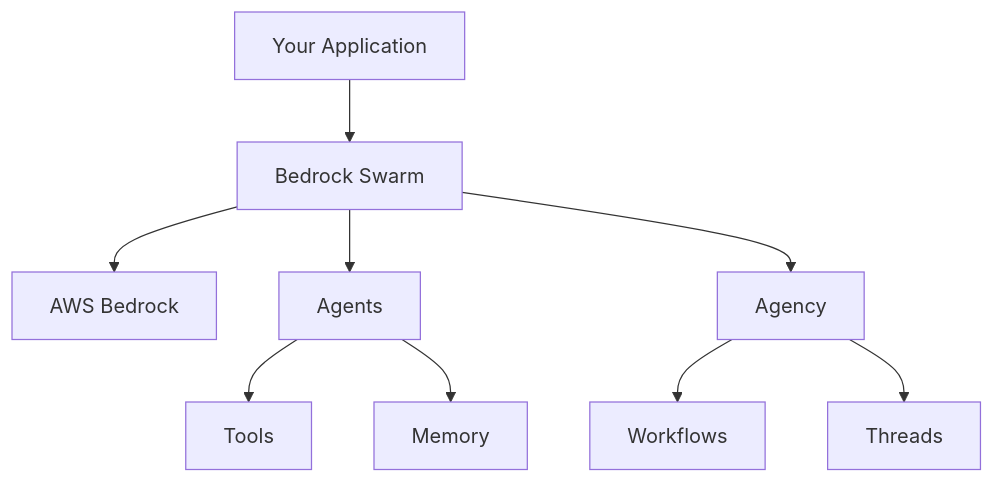
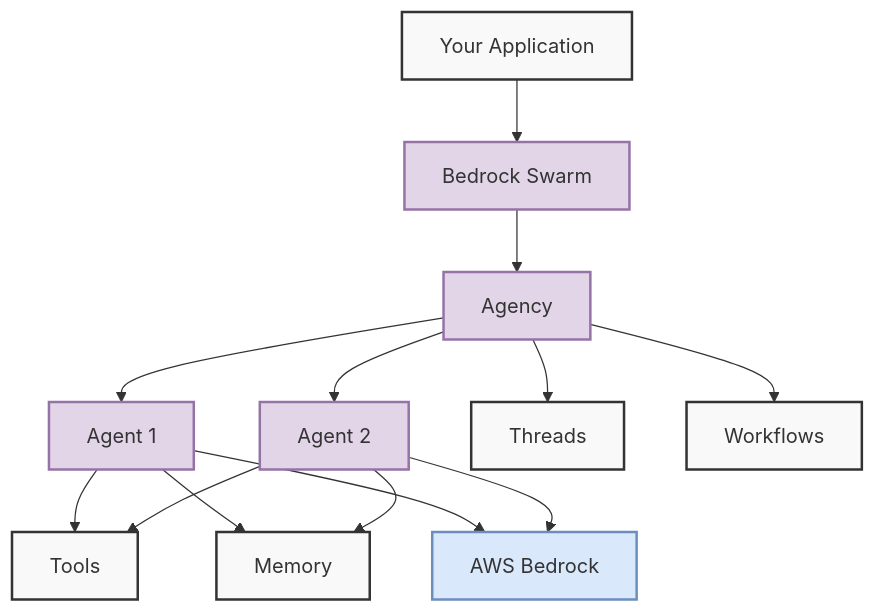
One commit to sandrich/bedrock-swarm changed the first of 4 diagrams in docs/user-guide/core-concepts.md. Above: the diagram before and after it, drawn with Mermaid. The commit also changed other lines of this file and 3 other files, not shown here.

Commit message:
docs: add mermaid support

````diff
--- a/docs/user-guide/core-concepts.md
+++ b/docs/user-guide/core-concepts.md
@@ -7,11 +7,47 @@
 ```mermaid
 graph TD
-    A[Your Application] --> B[Bedrock Swarm]
-    B --> C[AWS Bedrock]
-    B --> D[Agents]
-    D --> E[Tools]
-    D --> F[Memory]
-    B --> G[Agency]
-    G --> H[Workflows]
-    G --> I[Threads]
+    App[Your Application]
+    BS[Bedrock Swarm]
+    Agency[Agency]
+    Agent1[Agent 1]
+    Agent2[Agent 2]
+    Tools[Tools]
+    Memory[Memory]
+    Bedrock[AWS Bedrock]
+    Threads[Threads]
+    Workflows[Workflows]
+
+    %% Application uses Bedrock Swarm
+    App --> BS
+
+    %% Agency is part of Bedrock Swarm
+    BS --> Agency
+
+    %% Agents are managed by Agency
+    Agency --> Agent1
+    Agency --> Agent2
+
+    %% Agency manages workflows and threads
+    Agency --> Workflows
+    Agency --> Threads
+
+    %% Each Agent has tools and memory
+    Agent1 --> Tools
+    Agent1 --> Memory
+    Agent2 --> Tools
+    Agent2 --> Memory
+
+    %% Both Agency and Agents use AWS Bedrock
+    Agent1 --> Bedrock
+    Agent2 --> Bedrock
+
+    %% Style definitions
+    classDef default fill:#f9f9f9,stroke:#333,stroke-width:2px;
+    classDef core fill:#e1d5e7,stroke:#9673a6,stroke-width:2px;
+    classDef aws fill:#dae8fc,stroke:#6c8ebf,stroke-width:2px;
+
+    %% Apply styles
+    class BS,Agency core;
+    class Bedrock aws;
+    class Agent1,Agent2 core;
 ```
````
